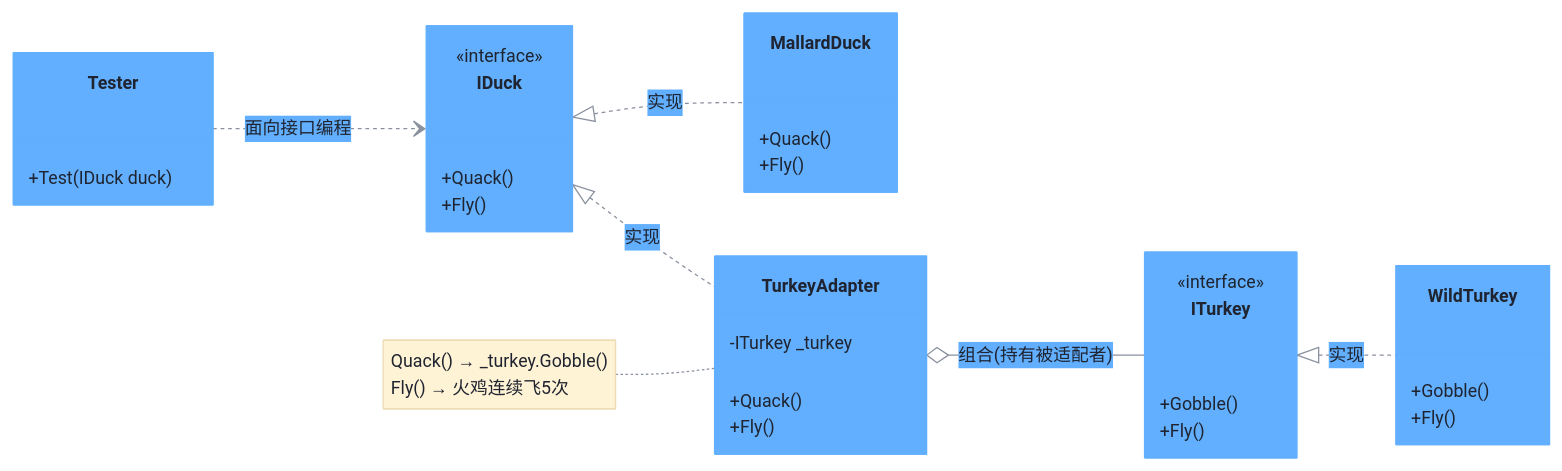
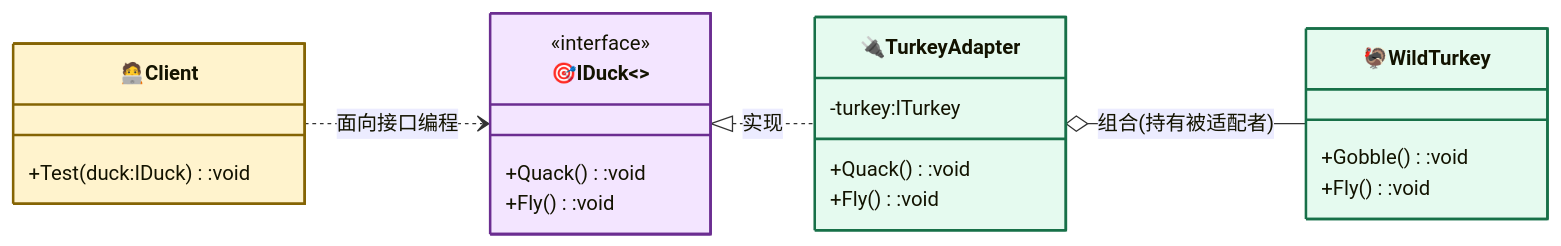
One commit to hollson/design_patterns changed the diagram in AdapterPattern/README.md. Above: the diagram before and after it, drawn with Mermaid. The commit also changed other lines of this file and 19 other files, not shown here.

Commit message:
docs: refactor mermaid diagrams to basic GoF model style for all 20 design patterns

````diff
--- a/AdapterPattern/README.md
+++ b/AdapterPattern/README.md
@@ -20,38 +31,31 @@
 ```mermaid
-%%{init: {"theme": "base", "themeVariables": {"primaryColor": "#61affe", "primaryTextColor": "#1f2430", "primaryBorderColor": "#61affe", "lineColor": "#8a919e", "secondaryColor": "#eaf2fb", "tertiaryColor": "#f5f7fa", "noteBkgColor": "#fff3d6", "noteTextColor": "#1f2430", "fontSize": "14px"}}}%%
+%%{init: {"classDiagram": {"useMarkdownLabels": true}} }%%
 classDiagram
     direction LR
-    class IDuck {
+
+    class Client["🧑‍💻Client"]:::contextCls{
+        +Test(duck:IDuck):void
+    }
+    class Target["🎯IDuck<<interface>>"]:::strategyCls{
         <<interface>>
-        +Quack()
-        +Fly()
+        +Quack():void
+        +Fly():void
     }
-    class ITurkey {
-        <<interface>>
-        +Gobble()
-        +Fly()
+    class Adapter["🔌TurkeyAdapter"]:::concreteCls{
+        -turkey:ITurkey
+        +Quack():void
+        +Fly():void
     }
-    class WildTurkey {
-        +Gobble()
-        +Fly()
-    }
-    class MallardDuck {
-        +Quack()
-        +Fly()
-    }
-    class TurkeyAdapter {
-        -ITurkey _turkey
-        +Quack()
-        +Fly()
-    }
-    class Tester {
-        +Test(IDuck duck)
+    class Adaptee["🦃WildTurkey"]:::concreteCls{
+        +Gobble():void
+        +Fly():void
     }
 
-    IDuck <|.. MallardDuck : 实现
-    ITurkey <|.. WildTurkey : 实现
-    IDuck <|.. TurkeyAdapter : 实现
-    TurkeyAdapter o-- ITurkey : 组合(持有被适配者)
-    Tester ..> IDuck : 面向接口编程
-    note for TurkeyAdapter "Quack() → _turkey.Gobble()<br/>Fly() → 火鸡连续飞5次"
+    Client ..> Target : 面向接口编程
+    Target <|.. Adapter : 实现
+    Adapter o-- Adaptee : 组合(持有被适配者)
+
+    classDef contextCls fill:#fff3cd,stroke:#856404,stroke-width:2px
+    classDef strategyCls fill:#f3e5ff,stroke:#6b2d91,stroke-width:2px
+    classDef concreteCls fill:#e5faef,stroke:#177048,stroke-width:2px
 ```
````
